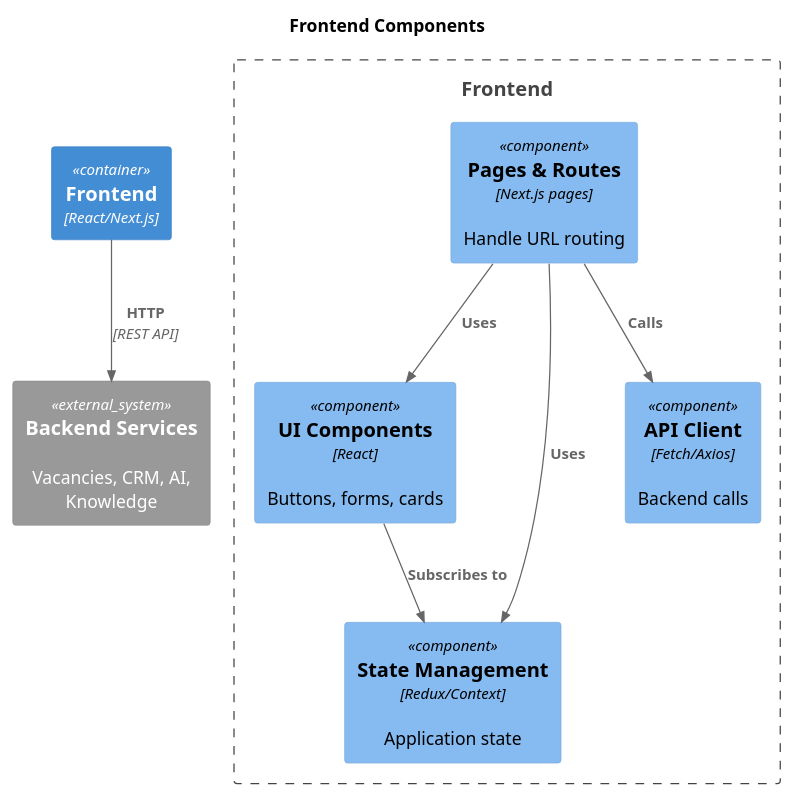
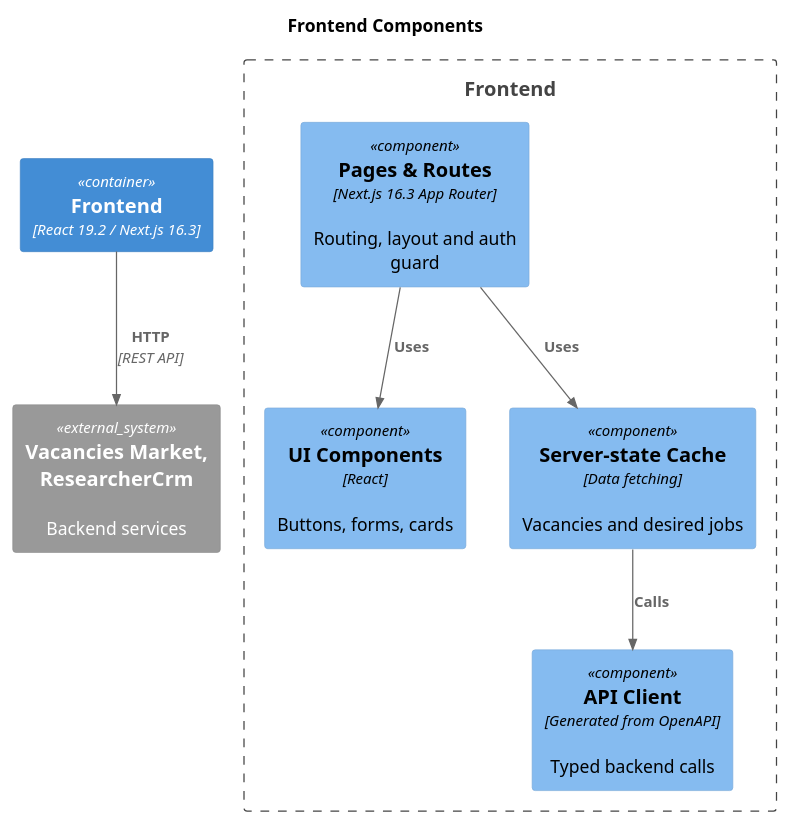
The diagram in docs/c4/components-frontend.puml (AIJobResearcher/docs), drawn with PlantUML before and after one commit. The commit also changed 21 other files, not shown here.

```diff
--- a/docs/c4/components-frontend.puml
+++ b/docs/c4/components-frontend.puml
@@ -1,24 +1,23 @@
 @startuml
 !include https://raw.githubusercontent.com/plantuml-stdlib/C4-PlantUML/master/C4_Component.puml
 
 title Frontend Components
 
-Container(frontend, "Frontend", "React/Next.js")
+Container(frontend, "Frontend", "React 19.2 / Next.js 16.3")
 
 Boundary(frontend_boundary, "Frontend") {
-    Component(pages, "Pages & Routes", "Next.js pages", "Handle URL routing")
+    Component(pages, "Pages & Routes", "Next.js 16.3 App Router", "Routing, layout and auth guard")
     Component(components, "UI Components", "React", "Buttons, forms, cards")
-    Component(store, "State Management", "Redux/Context", "Application state")
-    Component(api_client, "API Client", "Fetch/Axios", "Backend calls")
+    Component(server_state, "Server-state Cache", "Data fetching", "Vacancies and desired jobs")
+    Component(api_client, "API Client", "Generated from OpenAPI", "Typed backend calls")
 
     Rel(pages, components, "Uses")
-    Rel(pages, store, "Uses")
-    Rel(pages, api_client, "Calls")
-    Rel(components, store, "Subscribes to")
+    Rel(pages, server_state, "Uses")
+    Rel(server_state, api_client, "Calls")
 }
 
-System_Ext(backend, "Backend Services", "Vacancies, CRM, AI, Knowledge")
+System_Ext(backend, "Vacancies Market, ResearcherCrm", "Backend services")
 
 Rel(frontend, backend, "HTTP", "REST API")
 
 @enduml
```
